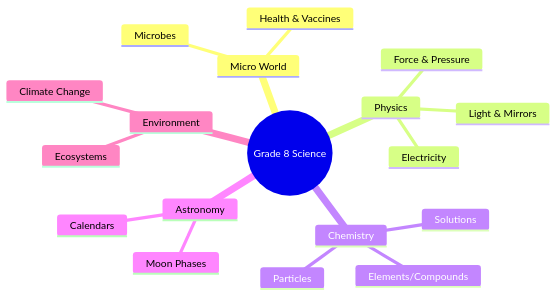
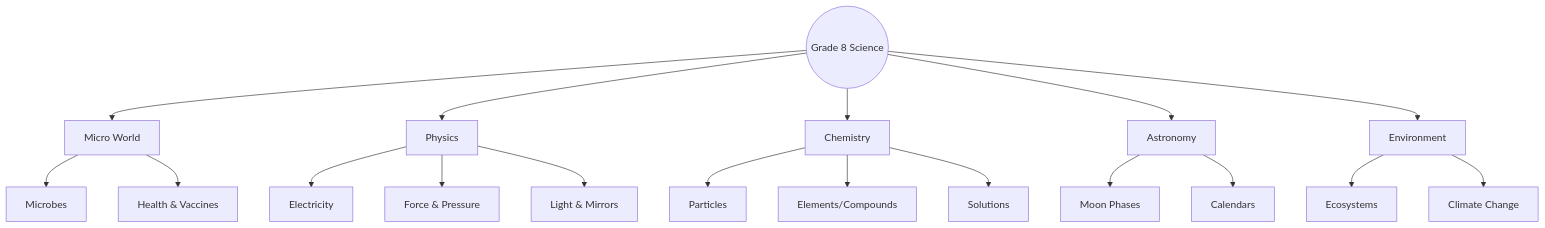
The diagram in resource/8th/science/1/topics/03-journey-ahead.mdx (cbse-media/content), drawn with Mermaid before and after one commit. The commit also changed 33 other files, not shown here.

````diff
--- a/resource/8th/science/1/topics/03-journey-ahead.mdx
+++ b/resource/8th/science/1/topics/03-journey-ahead.mdx
@@ -51,21 +51,26 @@
 ```mermaid
-mindmap
+graph TD
   root((Grade 8 Science))
-    Micro World
-      Microbes
-      Health & Vaccines
-    Physics
-      Electricity
-      Force & Pressure
-      Light & Mirrors
-    Chemistry
-      Particles
-      Elements/Compounds
-      Solutions
-    Astronomy
-      Moon Phases
-      Calendars
-    Environment
-      Ecosystems
-      Climate Change
+  root --> Micro["Micro World"]
+  root --> Physics
+  root --> Chemistry
+  root --> Astronomy
+  root --> Environment
+
+  Micro --> Microbes
+  Micro --> HealthVaccines["Health & Vaccines"]
+
+  Physics --> Electricity
+  Physics --> ForcePressure["Force & Pressure"]
+  Physics --> LightMirrors["Light & Mirrors"]
+
+  Chemistry --> Particles
+  Chemistry --> ElementsCompounds["Elements/Compounds"]
+  Chemistry --> Solutions
+
+  Astronomy --> MoonPhases["Moon Phases"]
+  Astronomy --> Calendars
+
+  Environment --> Ecosystems
+  Environment --> ClimateChange["Climate Change"]
 ```
````
